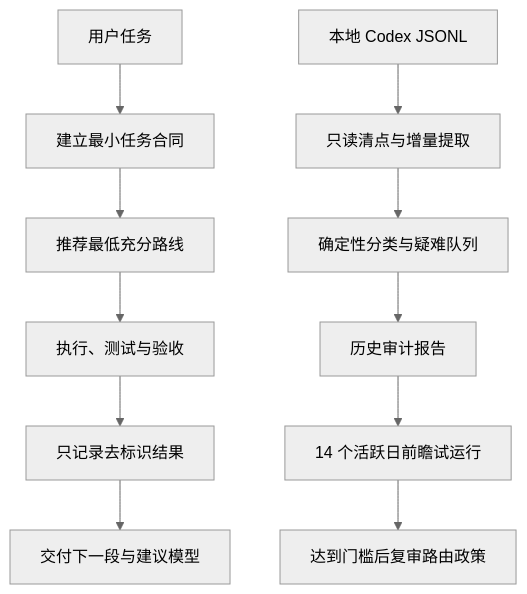
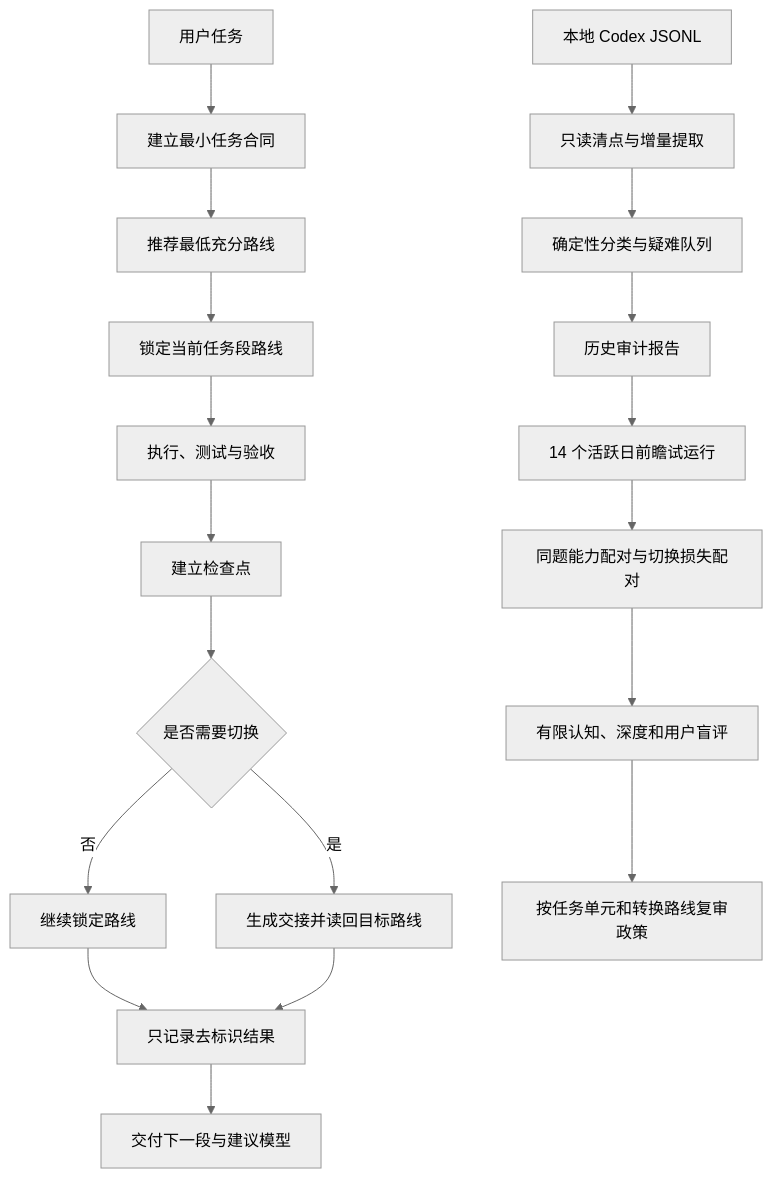
One commit to AIALRA-0/model-effort-router changed the diagram in README.md. Above: the diagram before and after it, drawn with Mermaid (neutral theme). The commit also changed other lines of this file and 32 other files, not shown here.

````diff
--- a/README.md
+++ b/README.md
@@ -32,13 +35,21 @@
 ```mermaid
 flowchart TD
     A[用户任务] --> B[建立最小任务合同]
     B --> C[推荐最低充分路线]
-    C --> D[执行、测试与验收]
-    D --> E[只记录去标识结果]
-    E --> F[交付下一段与建议模型]
-    G[本地 Codex JSONL] --> H[只读清点与增量提取]
-    H --> I[确定性分类与疑难队列]
-    I --> J[历史审计报告]
-    J --> K[14 个活跃日前瞻试运行]
-    K --> L[达到门槛后复审路由政策]
+    C --> D[锁定当前任务段路线]
+    D --> E[执行、测试与验收]
+    E --> F[建立检查点]
+    F --> G{是否需要切换}
+    G -- 否 --> H[继续锁定路线]
+    G -- 是 --> I[生成交接并读回目标路线]
+    H --> J[只记录去标识结果]
+    I --> J
+    J --> K[交付下一段与建议模型]
+    L[本地 Codex JSONL] --> M[只读清点与增量提取]
+    M --> N[确定性分类与疑难队列]
+    N --> O[历史审计报告]
+    O --> P[14 个活跃日前瞻试运行]
+    P --> Q[同题能力配对与切换损失配对]
+    Q --> R[有限认知、深度和用户盲评]
+    R --> S[按任务单元和转换路线复审政策]
 ```
````
